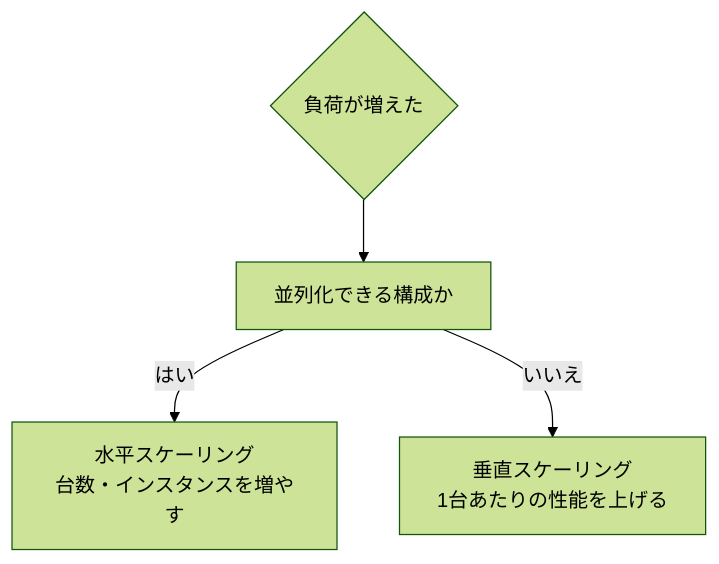
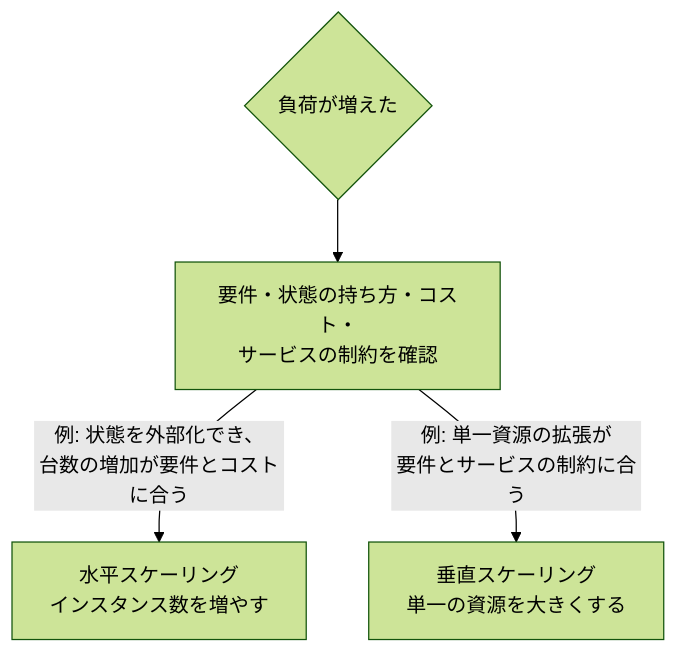
One commit to myoshi2891/Cloud-Infrastructure-and-Network-Studies changed the third of 14 diagrams in Iso-iec-22123-2-guide.md. Above: the diagram before and after it, drawn with Mermaid (forest theme). The commit also changed other lines of this file and 1 other file, not shown here.

Commit message:
docs(iso22123): refine scaling flowchart nuance, PaaS control scope, and Slovak standard citation

````diff
--- a/Iso-iec-22123-2-guide.md
+++ b/Iso-iec-22123-2-guide.md
@@ -244,10 +244,10 @@
 ```mermaid
 flowchart TD
     E1{"負荷が増えた"}
-    E2["水平スケーリング<br/>台数・インスタンスを増やす"]
-    E3["垂直スケーリング<br/>1台あたりの性能を上げる"]
-    E4["並列化できる構成か"]
+    E2["水平スケーリング<br/>インスタンス数を増やす"]
+    E3["垂直スケーリング<br/>単一の資源を大きくする"]
+    E4["要件・状態の持ち方・コスト・<br/>サービスの制約を確認"]
     E1 --> E4
-    E4 -->|"はい"| E2
-    E4 -->|"いいえ"| E3
+    E4 -->|"例: 状態を外部化でき、<br/>台数の増加が要件とコストに合う"| E2
+    E4 -->|"例: 単一資源の拡張が<br/>要件とサービスの制約に合う"| E3
 ```
````
